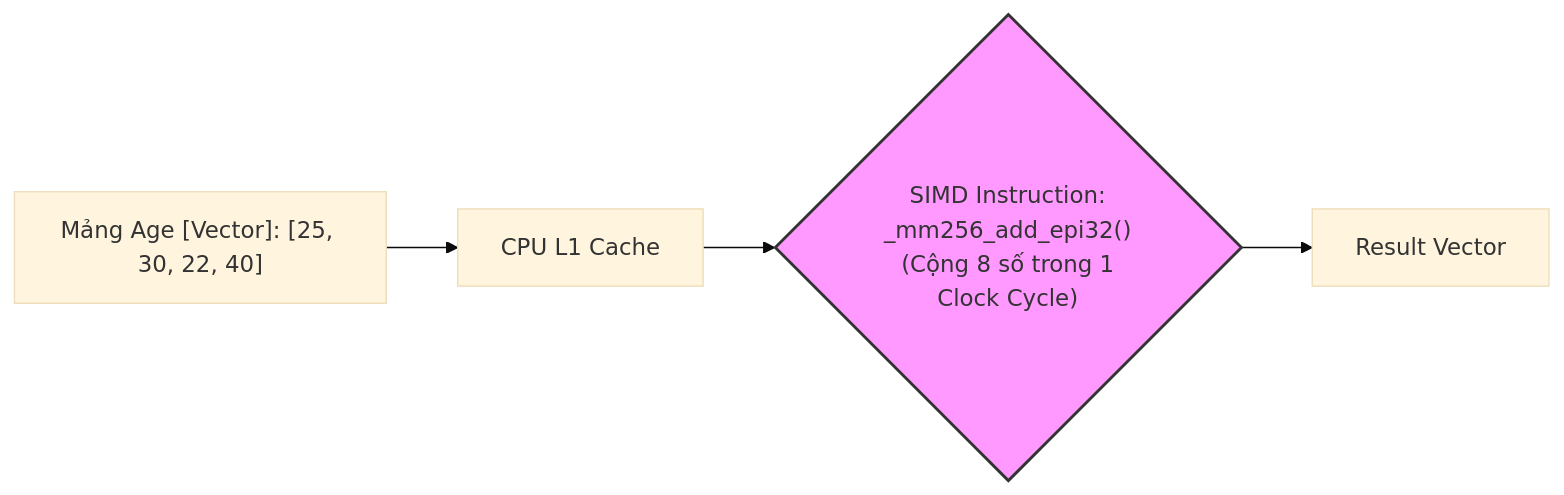
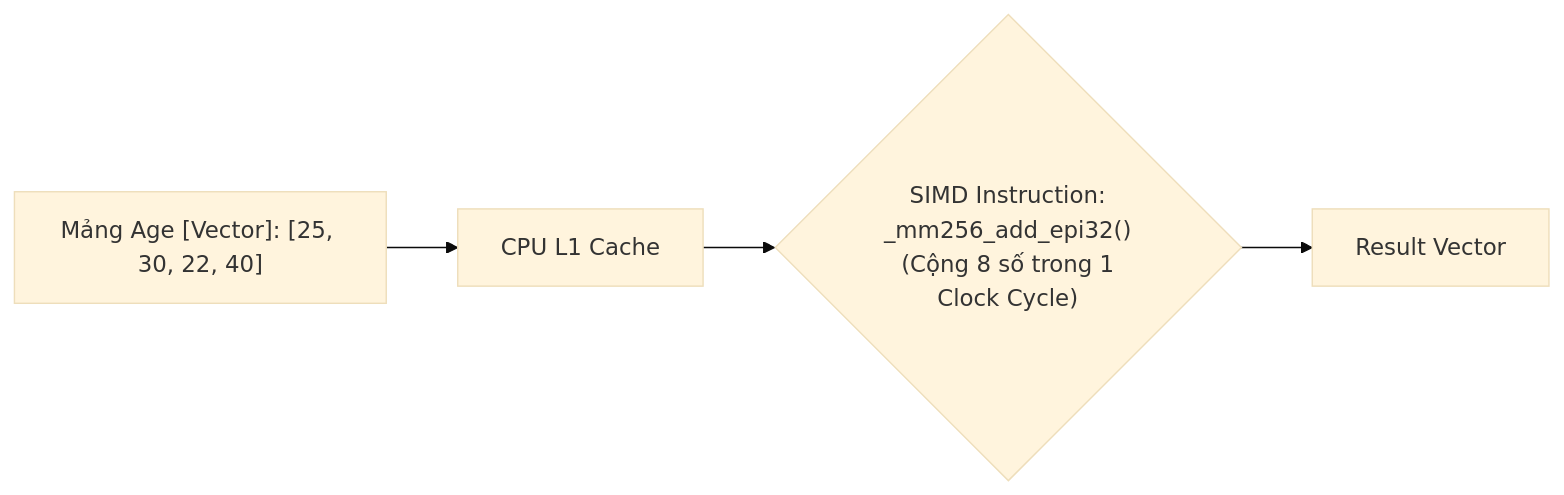
The third of 3 diagrams in src/content/docs/concepts/3-storage-engines-formats/oltp-vs-olap-storage.md (kythuatdulieu/kythuatdulieu.github.io), drawn with Mermaid (base theme) before and after one commit. The commit also changed 686 other files, not shown here.

````diff
--- a/src/content/docs/concepts/3-storage-engines-formats/oltp-vs-olap-storage.md
+++ b/src/content/docs/concepts/3-storage-engines-formats/oltp-vs-olap-storage.md
@@ -105,8 +105,7 @@
 ```mermaid
 flowchart LR
     A["Mảng Age [Vector]: [25, 30, 22, 40]"] --> B["CPU L1 Cache"]
     B --> C{"SIMD Instruction:\n _mm256_add_epi32() \n (Cộng 8 số trong 1 Clock Cycle)"}
     C --> D["Result Vector"]
-    
-    style C fill:#f9f,stroke:#333,stroke-width:2px
+
 ```
````
